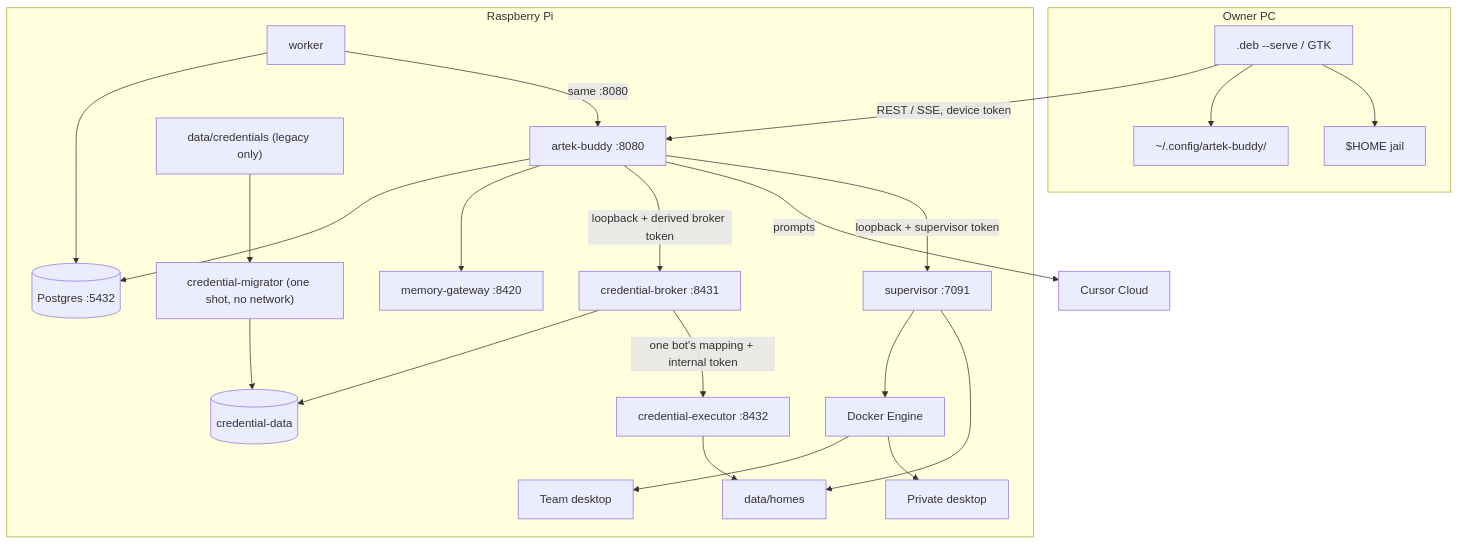
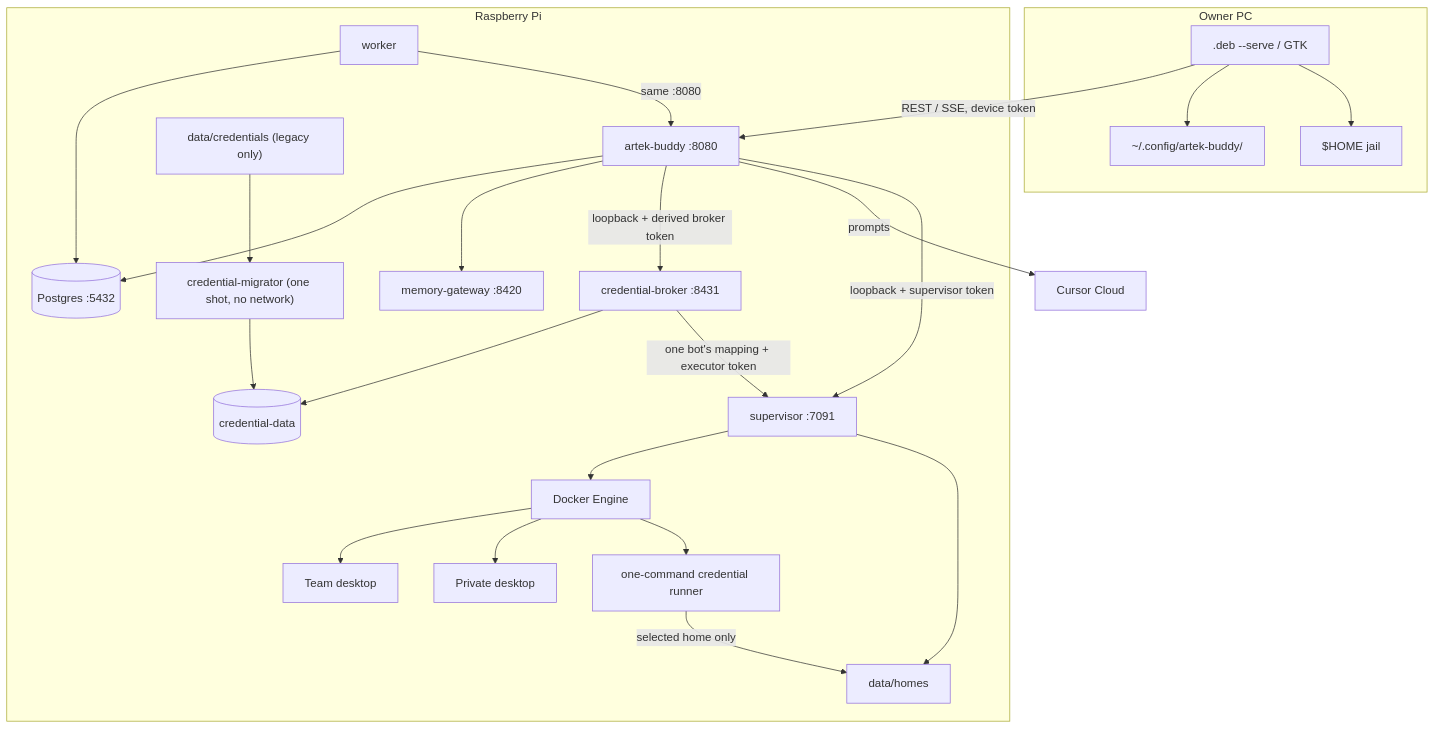
Before and after one commit to itsuppartem/artek-buddy: the first of 2 diagrams in ARCHITECTURE.md, drawn with Mermaid. The commit also changed other lines of this file and 33 other files, not shown here.

Commit message:
fix: isolate credential command execution

````diff
--- a/ARCHITECTURE.md
+++ b/ARCHITECTURE.md
@@ -17,44 +18,45 @@
 ```mermaid
 flowchart TB
   subgraph ownerPC [Owner PC]
     Deb[".deb --serve / GTK"]
     Token["~/.config/artek-buddy/"]
     Home["$HOME jail"]
   end
   subgraph pi [Raspberry Pi]
     API["artek-buddy :8080"]
     Worker["worker"]
     Super["supervisor :7091"]
     GW["memory-gateway :8420"]
     Broker["credential-broker :8431"]
-    Executor["credential-executor :8432"]
     DB[(Postgres :5432)]
     Homes["data/homes"]
     Creds[("credential-data")]
     Migrator["credential-migrator (one shot, no network)"]
     Legacy["data/credentials (legacy only)"]
     Engine["Docker Engine"]
     Team["Team desktop"]
     Priv["Private desktop"]
+    Runner["one-command credential runner"]
   end
   Cursor["Cursor Cloud"]
   Deb -->|"REST / SSE, device token"| API
   Deb --> Token
   Deb --> Home
   API --> DB
   Worker --> DB
   Worker -->|"same :8080"| API
   API --> GW
   API -->|"loopback + derived broker token"| Broker
   Broker --> Creds
-  Broker -->|"one bot's mapping + internal token"| Executor
-  Executor --> Homes
+  Broker -->|"one bot's mapping + executor token"| Super
   Legacy --> Migrator
   Migrator --> Creds
   API -->|"prompts"| Cursor
   API -->|"loopback + supervisor token"| Super
   Super --> Engine
   Super --> Homes
   Engine --> Team
   Engine --> Priv
+  Engine --> Runner
+  Runner -->|"selected home only"| Homes
 ```
````
